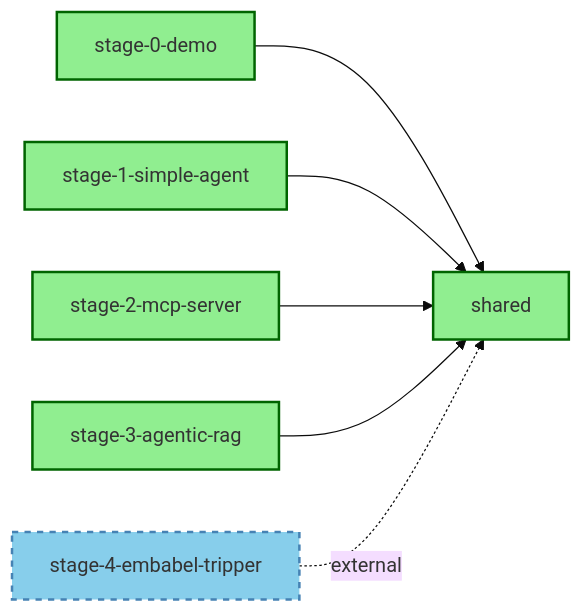
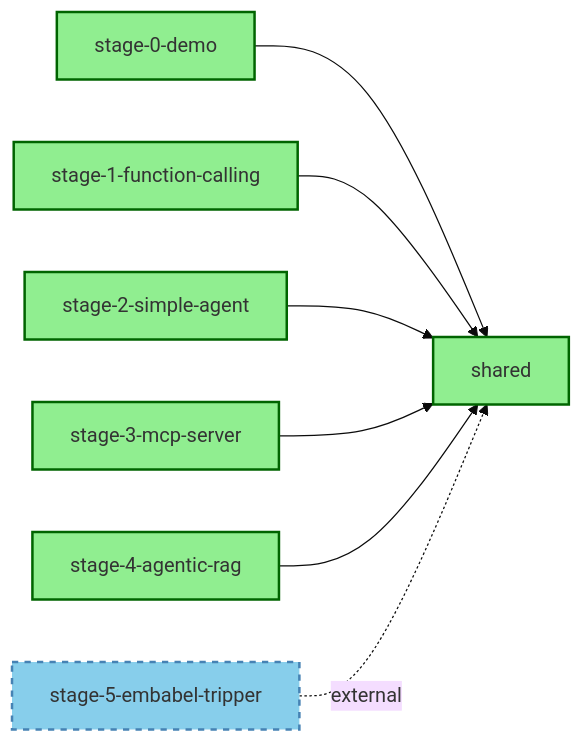
The third of 3 diagrams in architecture.md (Incept5/w-jax-munich-2025-workshop), drawn with Mermaid (base theme) before and after one commit. The commit also changed other lines of this file and 12 other files, not shown here.

Commit message:
Add function calling module

````diff
--- a/architecture.md
+++ b/architecture.md
@@ -528,13 +595,14 @@
 ```mermaid
 graph LR
     SHARED[shared]:::complete
     
     S0[stage-0-demo]:::complete --> SHARED
-    S1[stage-1-simple-agent]:::complete --> SHARED
-    S2[stage-2-mcp-server]:::complete --> SHARED
-    S3[stage-3-agentic-rag]:::complete --> SHARED
-    S4[stage-4-embabel-tripper]:::reference -.external.-> SHARED
+    S1[stage-1-function-calling]:::complete --> SHARED
+    S2[stage-2-simple-agent]:::complete --> SHARED
+    S3[stage-3-mcp-server]:::complete --> SHARED
+    S4[stage-4-agentic-rag]:::complete --> SHARED
+    S5[stage-5-embabel-tripper]:::reference -.external.-> SHARED
     
     classDef complete fill:#90EE90,stroke:#006400,stroke-width:2px
     classDef reference fill:#87CEEB,stroke:#4682B4,stroke-width:2px,stroke-dasharray: 5 5
 ```
````
